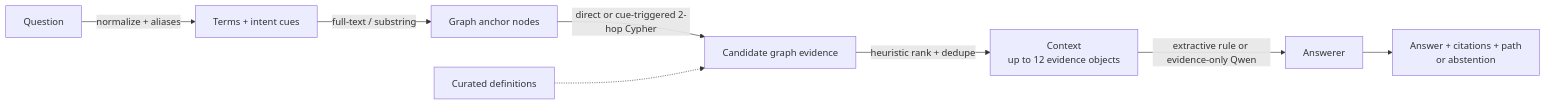
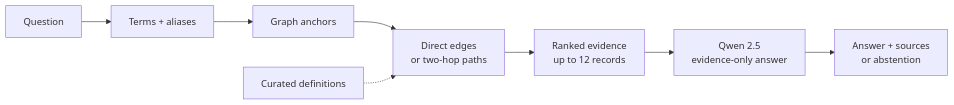
The ninth of 12 diagrams in docs/capstone_presentation.md (anthonylitwin/med-graph-rag), drawn with Mermaid before and after one commit. The commit also changed other lines of this file, not shown here.

````diff
--- a/docs/capstone_presentation.md
+++ b/docs/capstone_presentation.md
@@ -305,10 +391,10 @@
 ```mermaid
 flowchart LR
-    Q["Question"] -->|normalize + aliases| T["Terms + intent cues"]
-    T -->|full-text / substring| A["Graph anchor nodes"]
-    A -->|direct or cue-triggered 2-hop Cypher| E["Candidate graph evidence"]
+    Q["Question"] --> T["Terms + aliases"]
+    T --> A["Graph anchors"]
+    A --> E["Direct edges<br/>or two-hop paths"]
     D["Curated definitions"] -.-> E
-    E -->|heuristic rank + dedupe| C["Context<br/>up to 12 evidence objects"]
-    C -->|extractive rule or evidence-only Qwen| L["Answerer"]
-    L --> O["Answer + citations + path<br/>or abstention"]
+    E --> C["Ranked evidence<br/>up to 12 records"]
+    C --> L["Qwen 2.5<br/>evidence-only answer"]
+    L --> O["Answer + sources<br/>or abstention"]
 ```
````
